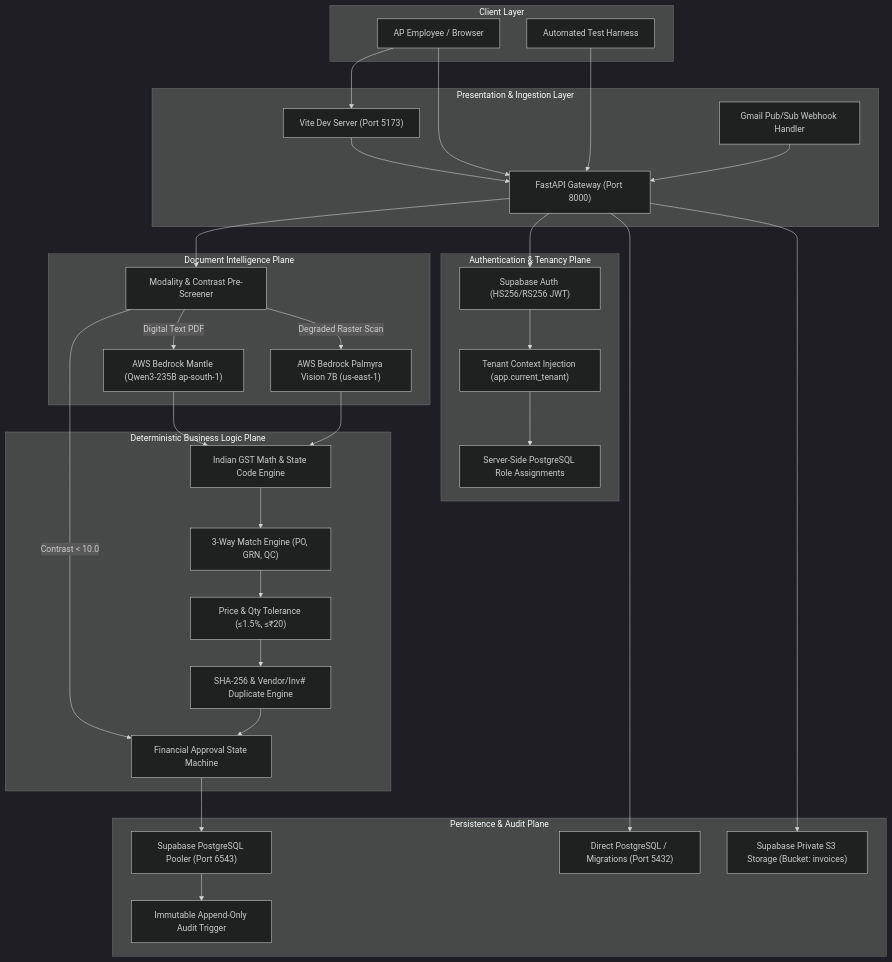
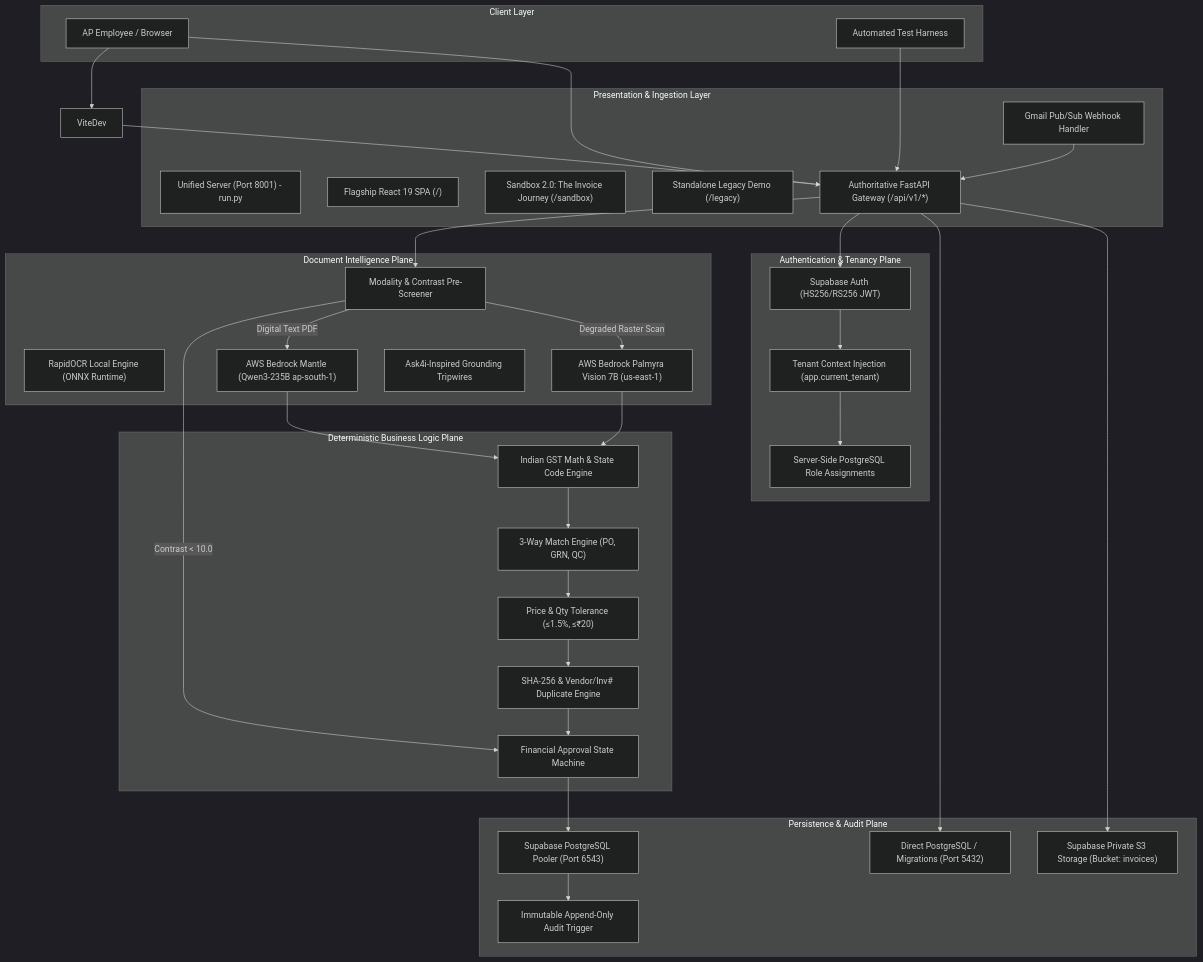
Before and after one commit to neerajs22is-ux/Zamp-Case-Study-PS-1: the first of 2 diagrams in ARCHITECTURE.md, drawn with Mermaid (dark theme). The commit also changed 78 other files, not shown here.

````diff
--- a/ARCHITECTURE.md
+++ b/ARCHITECTURE.md
@@ -11,67 +11,72 @@
 ```mermaid
 flowchart TD
     subgraph Client Layer
         WebUser["AP Employee / Browser"]
         Playwright["Automated Test Harness"]
     end
 
     subgraph Presentation & Ingestion Layer
-        ViteDev["Vite Dev Server (Port 5173)"]
-        FastAPIServer["FastAPI Gateway (Port 8000)"]
+        UnifiedServer["Unified Server (Port 8001) - run.py"]
+        ReactApp["Flagship React 19 SPA (/)"]
+        SandboxApp["Sandbox 2.0: The Invoice Journey (/sandbox)"]
+        LegacyApp["Standalone Legacy Demo (/legacy)"]
+        FastAPIServer["Authoritative FastAPI Gateway (/api/v1/*)"]
         GmailWebhook["Gmail Pub/Sub Webhook Handler"]
     end
 
     subgraph Authentication & Tenancy Plane
         SupabaseAuth["Supabase Auth (HS256/RS256 JWT)"]
         TenancyContext["Tenant Context Injection (app.current_tenant)"]
         RBACValidator["Server-Side PostgreSQL Role Assignments"]
     end
 
     subgraph Document Intelligence Plane
         PreScreener["Modality & Contrast Pre-Screener"]
+        RapidOCR["RapidOCR Local Engine (ONNX Runtime)"]
+        PalmyraVision["AWS Bedrock Palmyra Vision 7B (us-east-1)"]
         BedrockMantle["AWS Bedrock Mantle (Qwen3-235B ap-south-1)"]
-        PalmyraVision["AWS Bedrock Palmyra Vision 7B (us-east-1)"]
+        GroundingTripwires["Ask4i-Inspired Grounding Tripwires"]
     end
 
     subgraph Deterministic Business Logic Plane
         GSTValidator["Indian GST Math & State Code Engine"]
         MatchEngine["3-Way Match Engine (PO, GRN, QC)"]
         ToleranceChecker["Price & Qty Tolerance (≤1.5%, ≤₹20)"]
         DuplicateDetector["SHA-256 & Vendor/Inv# Duplicate Engine"]
         StateMachine["Financial Approval State Machine"]
     end
 
     subgraph Persistence & Audit Plane
         PGPooler["Supabase PostgreSQL Pooler (Port 6543)"]
         PGDirect["Direct PostgreSQL / Migrations (Port 5432)"]
         SupabaseStorage["Supabase Private S3 Storage (Bucket: invoices)"]
         AuditLog["Immutable Append-Only Audit Trigger"]
     end
 
     WebUser --> ViteDev
     ViteDev --> FastAPIServer
     WebUser --> FastAPIServer
     Playwright --> FastAPIServer
     GmailWebhook --> FastAPIServer
 
     FastAPIServer --> SupabaseAuth
     SupabaseAuth --> TenancyContext
     TenancyContext --> RBACValidator
 
     FastAPIServer --> PreScreener
     PreScreener -->|Digital Text PDF| BedrockMantle
     PreScreener -->|Degraded Raster Scan| PalmyraVision
     PreScreener -->|Contrast < 10.0| StateMachine
 
     BedrockMantle --> GSTValidator
     PalmyraVision --> GSTValidator
     GSTValidator --> MatchEngine
     MatchEngine --> ToleranceChecker
     ToleranceChecker --> DuplicateDetector
     DuplicateDetector --> StateMachine
 
     StateMachine --> PGPooler
     FastAPIServer --> PGDirect
     FastAPIServer --> SupabaseStorage
     PGPooler --> AuditLog
 ```
````
